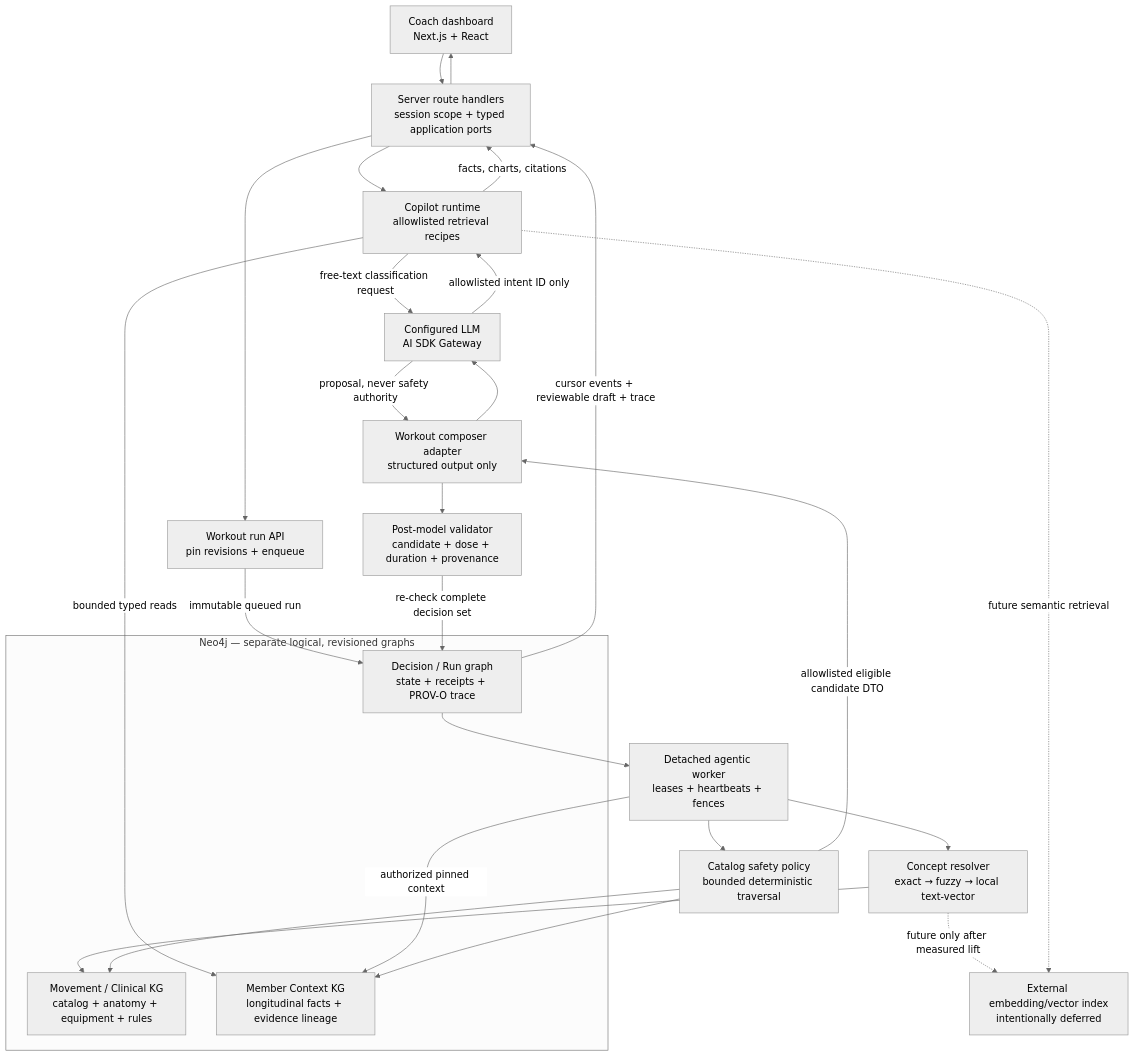
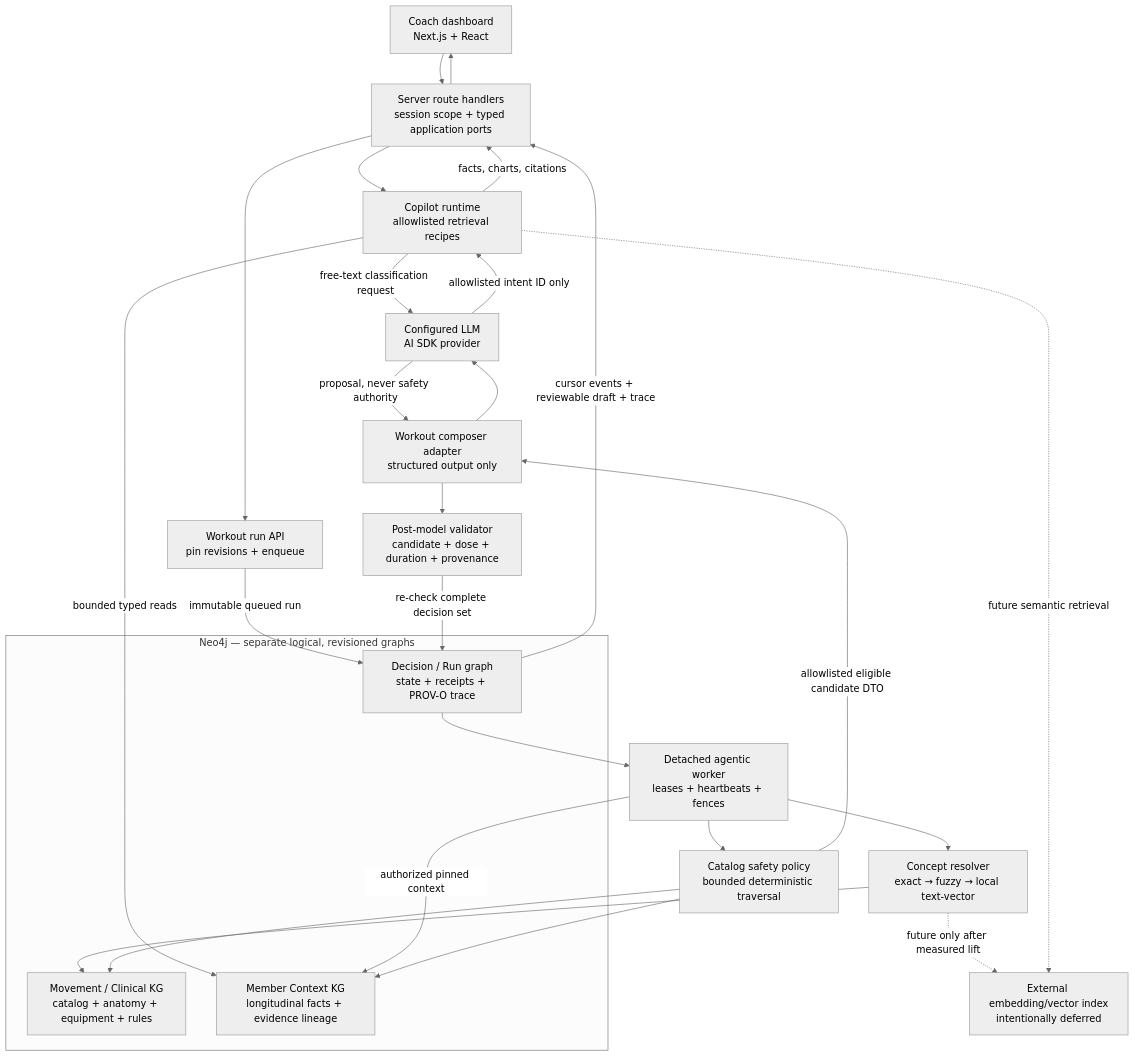
The diagram in README.md (techmexdev/candidate-assessment), drawn with Mermaid (neutral theme) before and after one commit. The commit also changed other lines of this file and 111 other files, not shown here.

First line of the commit message:
feat: ship graph-backed coach demo

````diff
--- a/README.md
+++ b/README.md
@@ -41,48 +50,48 @@
 ```mermaid
 flowchart TB
   Coach["Coach dashboard<br/>Next.js + React"]
   Routes["Server route handlers<br/>session scope + typed application ports"]
   Copilot["Copilot runtime<br/>allowlisted retrieval recipes"]
   Queue["Workout run API<br/>pin revisions + enqueue"]
   Worker["Detached agentic worker<br/>leases + heartbeats + fences"]
   Resolver["Concept resolver<br/>exact → fuzzy → local text-vector"]
   Safety["Catalog safety policy<br/>bounded deterministic traversal"]
   Composer["Workout composer adapter<br/>structured output only"]
   Validator["Post-model validator<br/>candidate + dose + duration + provenance"]
-  Model["Configured LLM<br/>AI SDK Gateway"]
+  Model["Configured LLM<br/>AI SDK provider"]
 
   subgraph Neo4j["Neo4j — separate logical, revisioned graphs"]
     Movement["Movement / Clinical KG<br/>catalog + anatomy + equipment + rules"]
     Member["Member Context KG<br/>longitudinal facts + evidence lineage"]
     Runs["Decision / Run graph<br/>state + receipts + PROV-O trace"]
   end
 
   Vector["External embedding/vector index<br/>intentionally deferred"]
 
   Coach --> Routes
   Routes --> Copilot
   Copilot -->|bounded typed reads| Member
   Copilot -->|free-text classification request| Model
   Model -->|allowlisted intent ID only| Copilot
   Copilot -->|facts, charts, citations| Routes
 
   Routes --> Queue
   Queue -->|immutable queued run| Runs
   Runs --> Worker
   Worker --> Resolver
   Resolver --> Movement
   Worker -->|authorized pinned context| Member
   Worker --> Safety
   Safety --> Movement
   Safety --> Member
   Safety -->|allowlisted eligible candidate DTO| Composer
   Composer --> Model
   Model -->|proposal, never safety authority| Composer
   Composer --> Validator
   Validator -->|re-check complete decision set| Runs
   Runs -->|cursor events + reviewable draft + trace| Routes
   Routes --> Coach
 
   Resolver -. "future only after measured lift" .-> Vector
   Copilot -. "future semantic retrieval" .-> Vector
 ```
````
